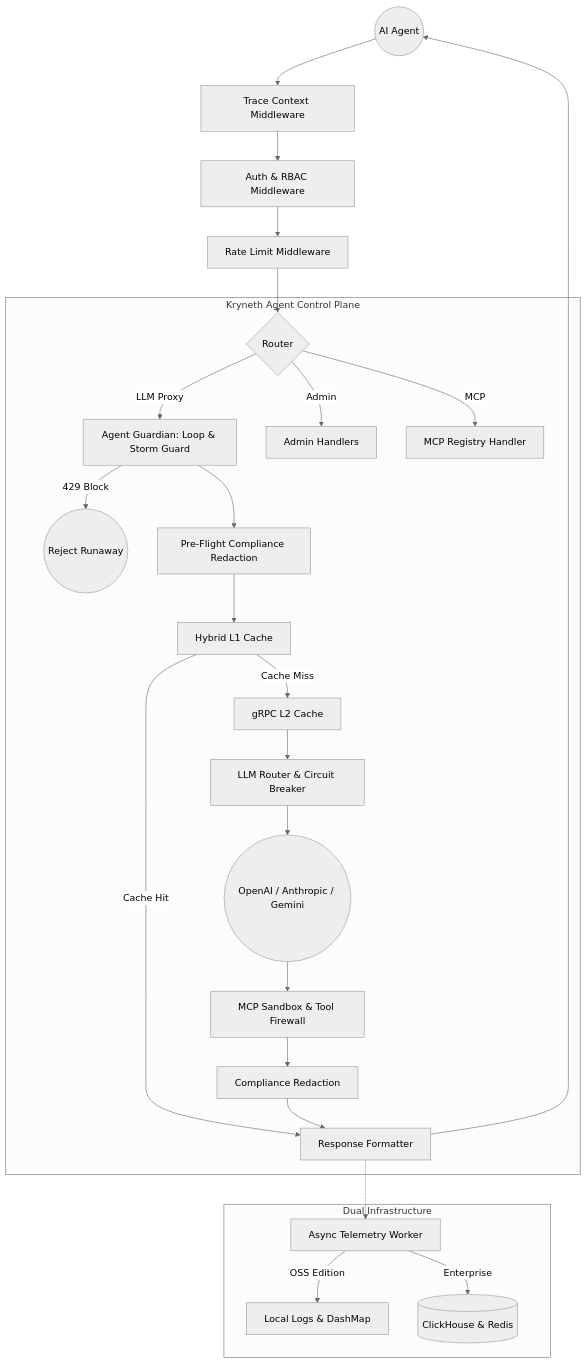
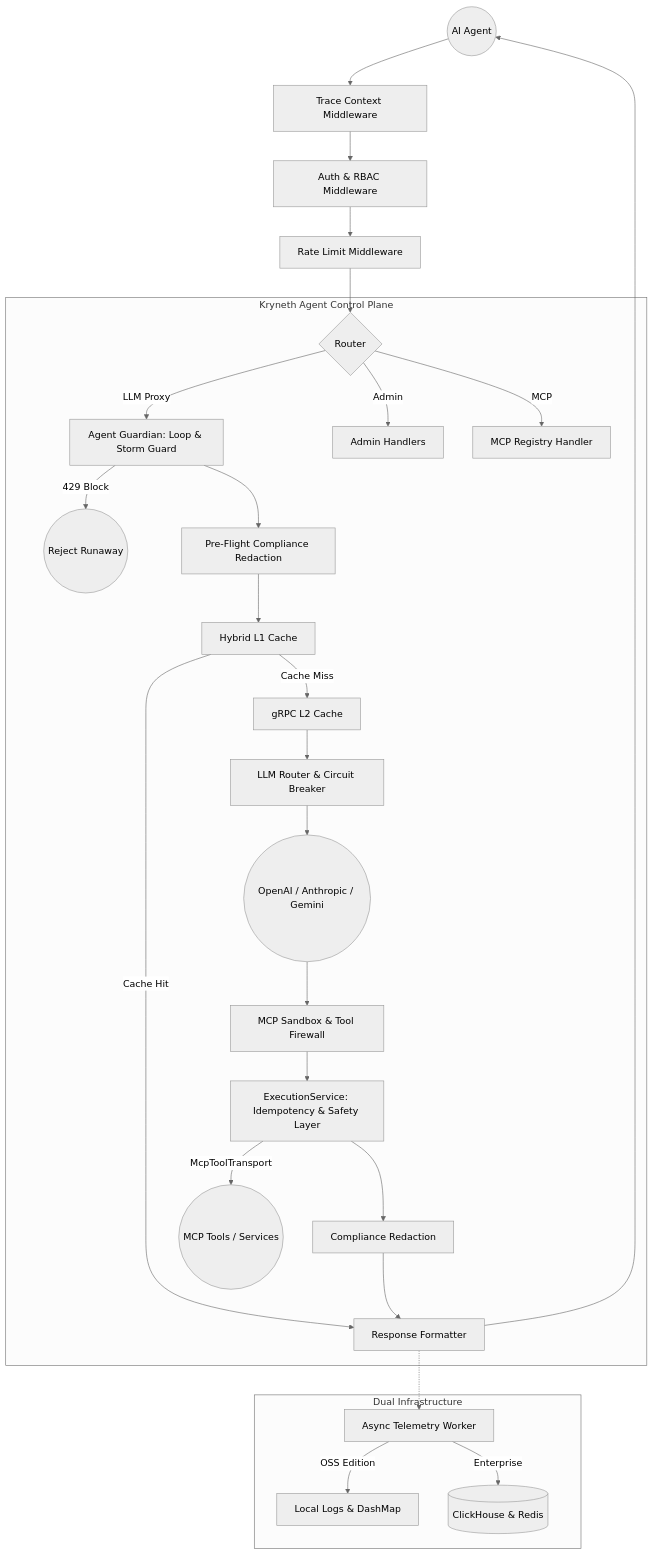
Before and after one commit to kryneth-admin/kryneth-oss: the first of 2 diagrams in docs/overview/architecture.md, drawn with Mermaid (neutral theme). The commit also changed 2 other files, not shown here.

Commit message:
docs: update architecture documentation with Tool-Execution Safety Layer and Enterprise Headers

````diff
--- a/docs/overview/architecture.md
+++ b/docs/overview/architecture.md
@@ -8,34 +8,36 @@
 ```mermaid
 graph TD
     Client((AI Agent)) --> Trace[Trace Context Middleware]
     Trace --> AuthMW[Auth & RBAC Middleware]
     AuthMW --> RL[Rate Limit Middleware]
     RL --> Router{Router}
     
     subgraph Kryneth Agent Control Plane
         Router -->|LLM Proxy| AgentGuard[Agent Guardian: Loop & Storm Guard]
         Router -->|Admin| Admin[Admin Handlers]
         Router -->|MCP| MCP[MCP Registry Handler]
         
         AgentGuard -->|429 Block| Reject((Reject Runaway))
         AgentGuard --> PII[Pre-Flight Compliance Redaction]
         PII --> CacheL1[Hybrid L1 Cache]
         
         CacheL1 -->|Cache Hit| Outgress[Response Formatter]
         CacheL1 -->|Cache Miss| CacheL2[gRPC L2 Cache]
         CacheL2 --> LLMRouter[LLM Router & Circuit Breaker]
         
         LLMRouter --> Upstream((OpenAI / Anthropic / Gemini))
         Upstream --> MCPSandbox[MCP Sandbox & Tool Firewall]
-        MCPSandbox --> Compliance[Compliance Redaction]
+        MCPSandbox --> ExecService[ExecutionService: Idempotency & Safety Layer]
+        ExecService -->|McpToolTransport| MCPDownstream((MCP Tools / Services))
+        ExecService --> Compliance[Compliance Redaction]
         Compliance --> Outgress
     end
     
     Outgress --> Client
     Outgress -.-> Telemetry[Async Telemetry Worker]
     
     subgraph Dual Infrastructure
         Telemetry -->|OSS Edition| Local[Local Logs & DashMap]
         Telemetry -->|Enterprise| ClickHouse[(ClickHouse & Redis)]
     end
 ```
````
